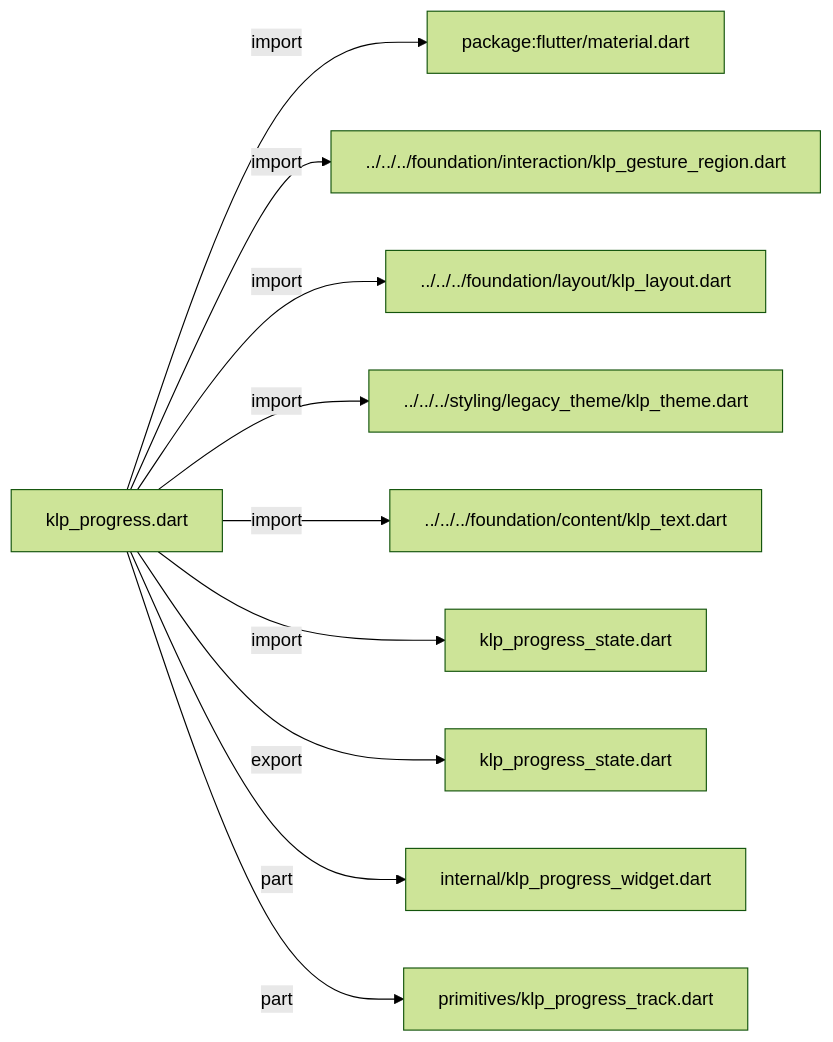
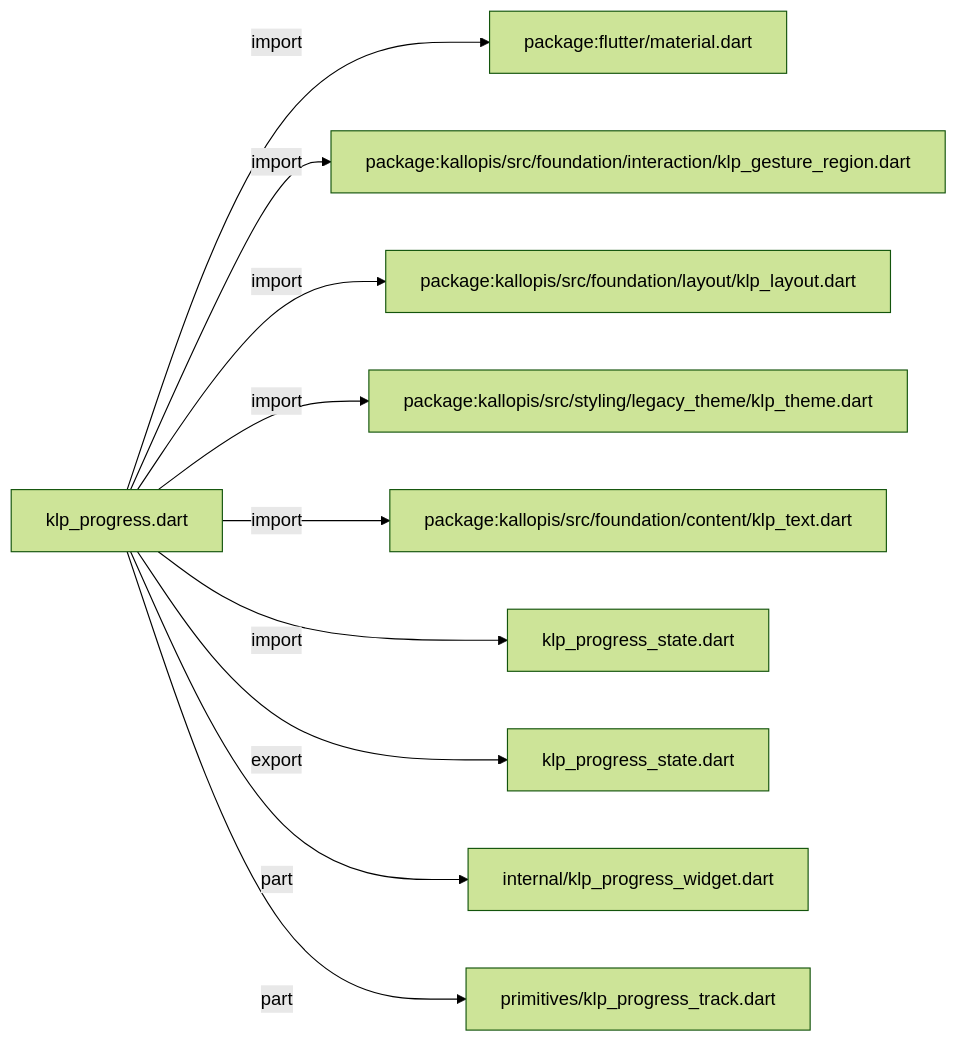
The diagram in docs/architecture/src/features/collections/progress/klp_progress.md (MiuDog/Kallopis), drawn with Mermaid (forest theme) before and after one commit. The commit also changed other lines of this file and 9688 other files, not shown here.

Commit message:
Prepare isolated Flow F2 peer baseline

````diff
--- a/docs/architecture/src/features/collections/progress/klp_progress.md
+++ b/docs/architecture/src/features/collections/progress/klp_progress.md
@@ -11,22 +11,22 @@
 ```mermaid
 flowchart LR
 	n0["klp_progress.dart"]
 	n1["package:flutter/material.dart"]
-	n2["../../../foundation/interaction/klp_gesture_region.dart"]
-	n3["../../../foundation/layout/klp_layout.dart"]
-	n4["../../../styling/legacy_theme/klp_theme.dart"]
-	n5["../../../foundation/content/klp_text.dart"]
+	n2["package:kallopis/src/foundation/interaction/klp_gesture_region.dart"]
+	n3["package:kallopis/src/foundation/layout/klp_layout.dart"]
+	n4["package:kallopis/src/styling/legacy_theme/klp_theme.dart"]
+	n5["package:kallopis/src/foundation/content/klp_text.dart"]
 	n6["klp_progress_state.dart"]
 	n7["klp_progress_state.dart"]
 	n8["internal/klp_progress_widget.dart"]
 	n9["primitives/klp_progress_track.dart"]
 	n0 -->|"import"| n1
 	n0 -->|"import"| n2
 	n0 -->|"import"| n3
 	n0 -->|"import"| n4
 	n0 -->|"import"| n5
 	n0 -->|"import"| n6
 	n0 -->|"export"| n7
 	n0 -->|"part"| n8
 	n0 -->|"part"| n9
 ```
````
